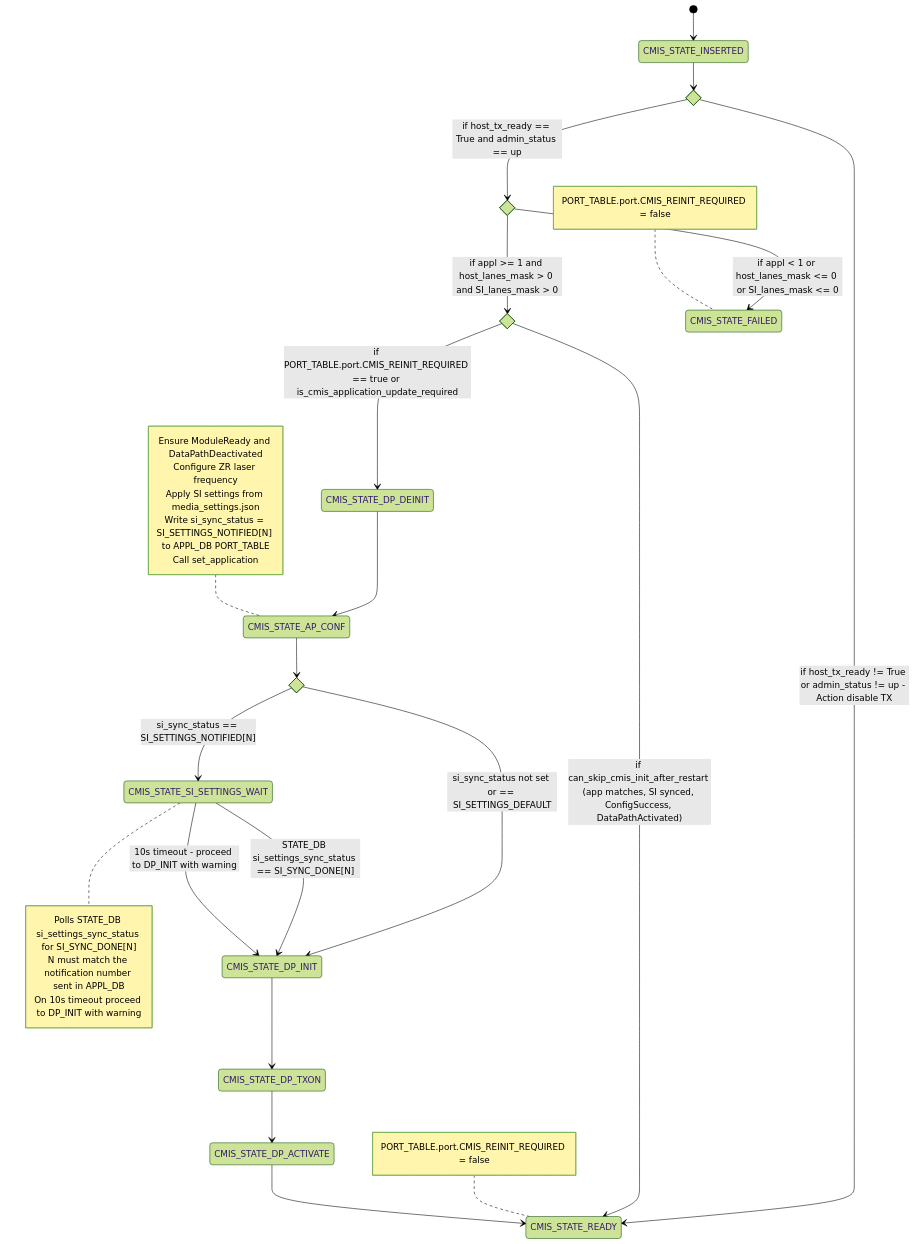
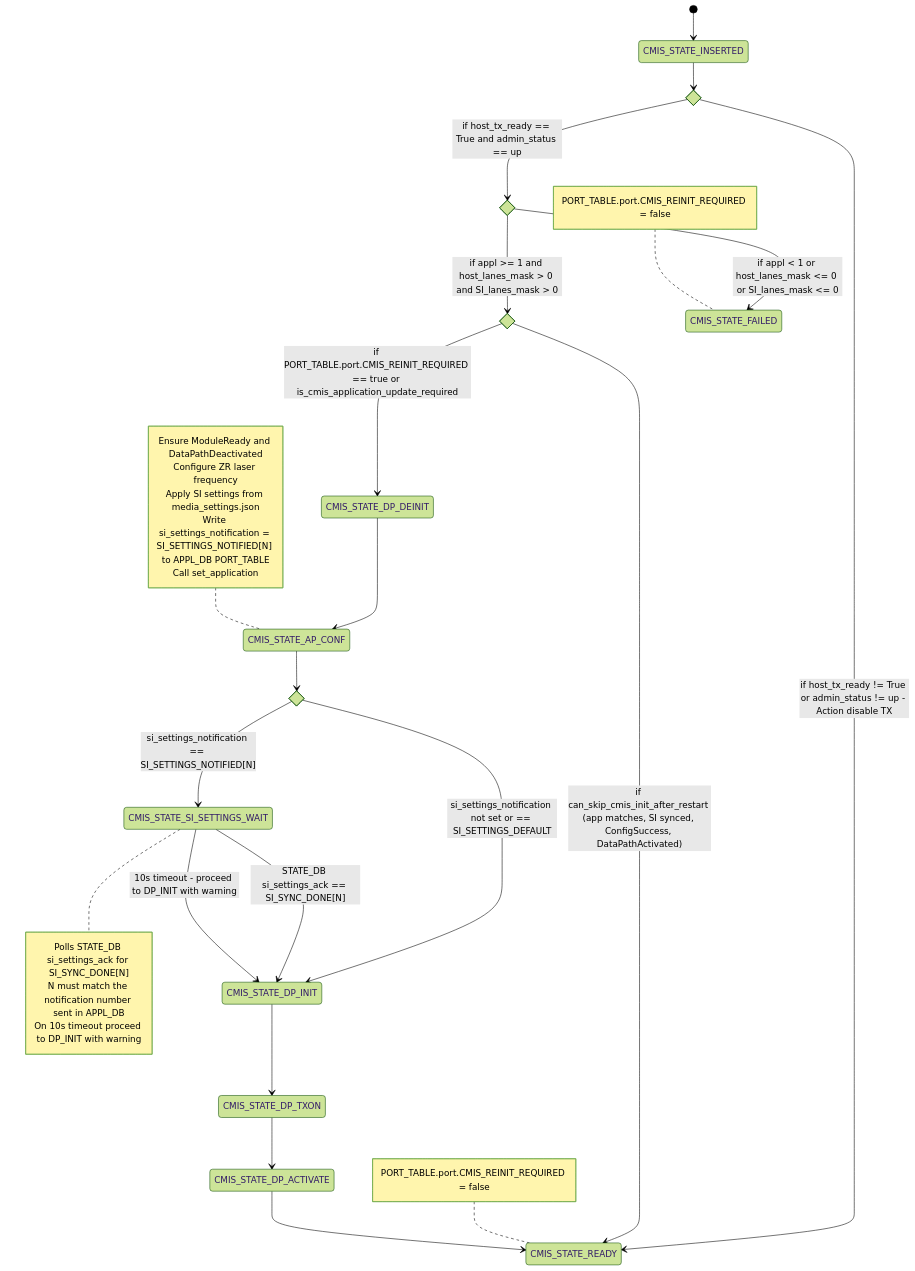
The third of 5 diagrams in doc/sfp-cmis/Interface-Link-bring-up-sequence.md (sonic-net/SONiC), drawn with Mermaid (forest theme) before and after one commit. The commit also changed other lines of this file, not shown here.

````diff
--- a/doc/sfp-cmis/Interface-Link-bring-up-sequence.md
+++ b/doc/sfp-cmis/Interface-Link-bring-up-sequence.md
@@ -341,40 +350,40 @@
 ```mermaid
 stateDiagram-v2
     [*] --> CMIS_STATE_INSERTED
     state if_state <<choice>>
     state if_state2 <<choice>>
     state if_state3 <<choice>>
     state if_state4 <<choice>>
     CMIS_STATE_INSERTED --> if_state
     if_state --> CMIS_STATE_READY : if host_tx_ready != True or admin_status != up - Action disable TX
     if_state --> if_state2 : if host_tx_ready == True and admin_status == up
     if_state2 --> if_state4 : if appl >= 1 and host_lanes_mask > 0 and SI_lanes_mask > 0
     if_state2 --> CMIS_STATE_FAILED : if appl < 1 or host_lanes_mask <= 0 or SI_lanes_mask <= 0
     note left of CMIS_STATE_FAILED : PORT_TABLE.port.CMIS_REINIT_REQUIRED = false
     if_state4 --> CMIS_STATE_READY : if can_skip_cmis_init_after_restart (app matches, SI synced, ConfigSuccess, DataPathActivated)
     note left of CMIS_STATE_READY : PORT_TABLE.port.CMIS_REINIT_REQUIRED = false
     if_state4 --> CMIS_STATE_DP_DEINIT : if PORT_TABLE.port.CMIS_REINIT_REQUIRED == true or is_cmis_application_update_required
 
     CMIS_STATE_DP_DEINIT --> CMIS_STATE_AP_CONF
 
     note left of CMIS_STATE_AP_CONF
         Ensure ModuleReady and DataPathDeactivated
         Configure ZR laser frequency
         Apply SI settings from media_settings.json
-        Write si_sync_status = SI_SETTINGS_NOTIFIED[N] to APPL_DB PORT_TABLE
+        Write si_settings_notification = SI_SETTINGS_NOTIFIED[N] to APPL_DB PORT_TABLE
         Call set_application
     end note
     CMIS_STATE_AP_CONF --> if_state3
-    if_state3 --> CMIS_STATE_SI_SETTINGS_WAIT : si_sync_status == SI_SETTINGS_NOTIFIED[N]
-    if_state3 --> CMIS_STATE_DP_INIT : si_sync_status not set or == SI_SETTINGS_DEFAULT
-    CMIS_STATE_SI_SETTINGS_WAIT --> CMIS_STATE_DP_INIT : STATE_DB si_settings_sync_status == SI_SYNC_DONE[N]
+    if_state3 --> CMIS_STATE_SI_SETTINGS_WAIT : si_settings_notification == SI_SETTINGS_NOTIFIED[N]
+    if_state3 --> CMIS_STATE_DP_INIT : si_settings_notification not set or == SI_SETTINGS_DEFAULT
+    CMIS_STATE_SI_SETTINGS_WAIT --> CMIS_STATE_DP_INIT : STATE_DB si_settings_ack == SI_SYNC_DONE[N]
     CMIS_STATE_SI_SETTINGS_WAIT --> CMIS_STATE_DP_INIT : 10s timeout - proceed to DP_INIT with warning
     note right of CMIS_STATE_SI_SETTINGS_WAIT
-        Polls STATE_DB si_settings_sync_status for SI_SYNC_DONE[N]
+        Polls STATE_DB si_settings_ack for SI_SYNC_DONE[N]
         N must match the notification number sent in APPL_DB
         On 10s timeout proceed to DP_INIT with warning
     end note
     CMIS_STATE_DP_INIT --> CMIS_STATE_DP_TXON
     CMIS_STATE_DP_TXON --> CMIS_STATE_DP_ACTIVATE
     CMIS_STATE_DP_ACTIVATE --> CMIS_STATE_READY
 ```
````
